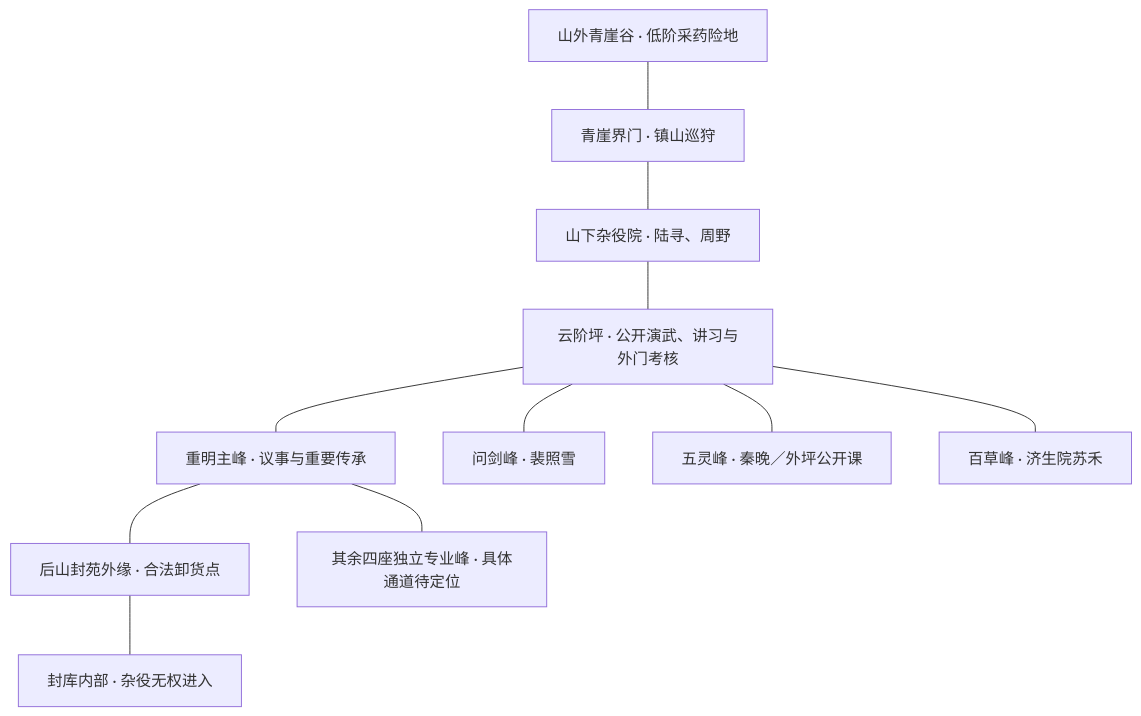
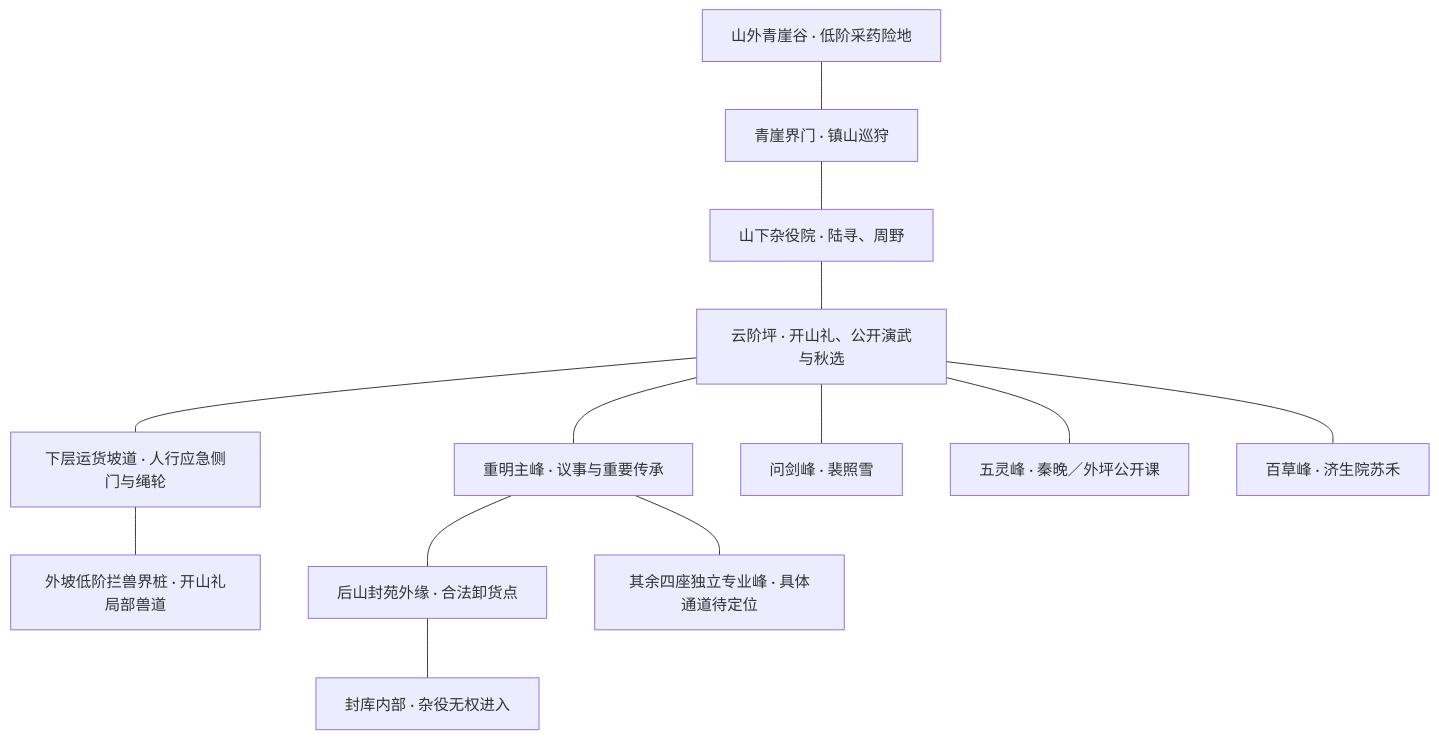
One commit to almiao/BeyondSight changed the diagram in 宗门组织体系.md. Above: the diagram before and after it, drawn with Mermaid. The commit also changed other lines of this file and 3 other files, not shown here.

````diff
--- a/宗门组织体系.md
+++ b/宗门组织体系.md
@@ -129,13 +129,15 @@
 ```mermaid
 flowchart TB
   G["山外青崖谷 · 低阶采药险地"] --- J["青崖界门 · 镇山巡狩"]
   J --- Y["山下杂役院 · 陆寻、周野"]
-  Y --- P["云阶坪 · 公开演武、讲习与外门考核"]
+  Y --- P["云阶坪 · 开山礼、公开演武与秋选"]
+  P --- T["下层运货坡道 · 人行应急侧门与绳轮"]
+  T --- V["外坡低阶拦兽界桩 · 开山礼局部兽道"]
   P --- M["重明主峰 · 议事与重要传承"]
   P --- Q["问剑峰 · 裴照雪"]
   P --- W["五灵峰 · 秦晚／外坪公开课"]
   P --- B["百草峰 · 济生院苏禾"]
   M --- F["后山封苑外缘 · 合法卸货点"]
   F --- K["封库内部 · 杂役无权进入"]
   M --- X["其余四座独立专业峰 · 具体通道待定位"]
 ```
````
